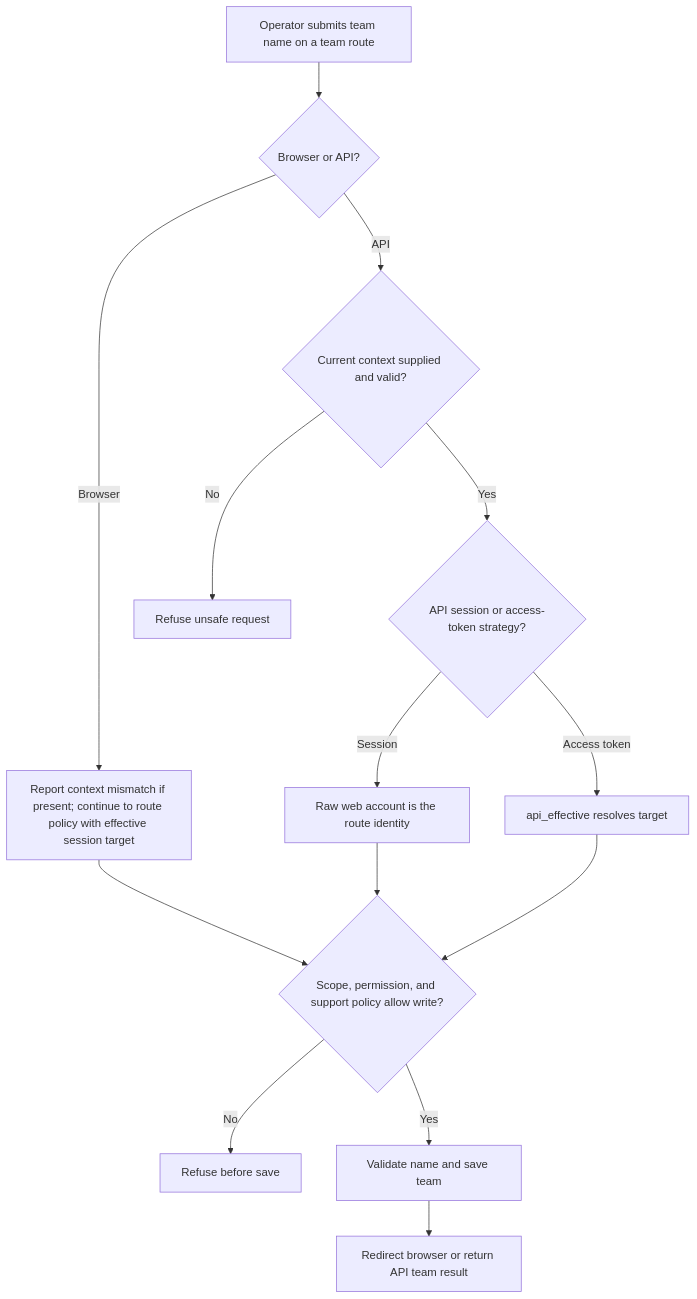
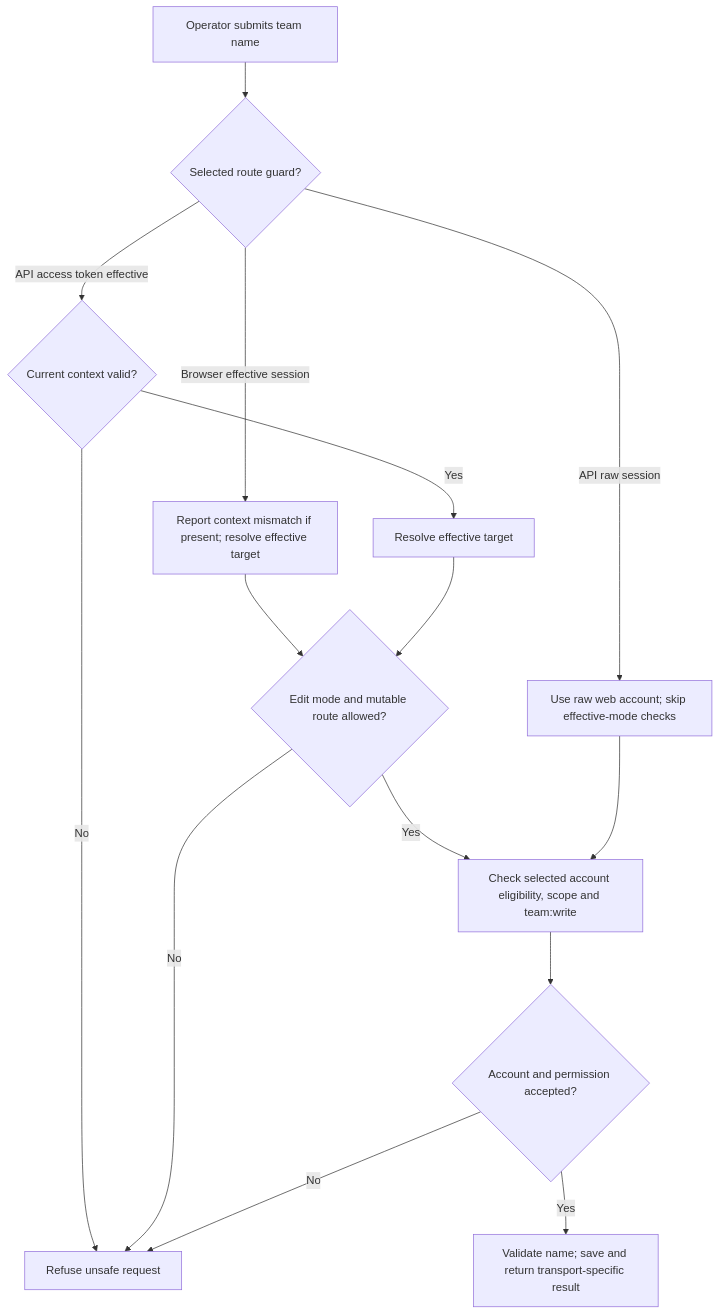
One commit to Kevinjohn/oss-adonisjs-starter-examples changed the first of 2 diagrams in user-stories/support/us-masq-03-rename-team-as-target.md. Above: the diagram before and after it, drawn with Mermaid. The commit also changed other lines of this file and 3 other files, not shown here.

````diff
--- a/user-stories/support/us-masq-03-rename-team-as-target.md
+++ b/user-stories/support/us-masq-03-rename-team-as-target.md
@@ -28,16 +28,17 @@
 ```mermaid
 flowchart TD
-    A["Operator submits team name on a team route"] --> B{"Browser or API?"}
-    B -->|Browser| C["Report context mismatch if present; continue to route policy with effective session target"]
-    B -->|API| D{"Current context supplied and valid?"}
-    D -->|No| E["Refuse unsafe request"]
-    D -->|Yes| F{"API session or access-token strategy?"}
-    F -->|Session| G["Raw web account is the route identity"]
-    F -->|Access token| H["api_effective resolves target"]
-    C --> I{"Scope, permission, and support policy allow write?"}
-    G --> I
-    H --> I
-    I -->|No| J["Refuse before save"]
-    I -->|Yes| K["Validate name and save team"]
-    K --> L["Redirect browser or return API team result"]
+    A["Operator submits team name"] --> B{"Selected route guard?"}
+    B -->|Browser effective session| C["Report context mismatch if present; resolve effective target"]
+    B -->|API access token effective| D{"Current context valid?"}
+    B -->|API raw session| E["Use raw web account; skip effective-mode checks"]
+    D -->|No| F["Refuse unsafe request"]
+    D -->|Yes| G["Resolve effective target"]
+    C --> H{"Edit mode and mutable route allowed?"}
+    G --> H
+    H -->|No| F
+    H -->|Yes| I["Check selected account eligibility, scope and team:write"]
+    E --> I
+    I --> J{"Account and permission accepted?"}
+    J -->|No| F
+    J -->|Yes| K["Validate name; save and return transport-specific result"]
 ```
````
